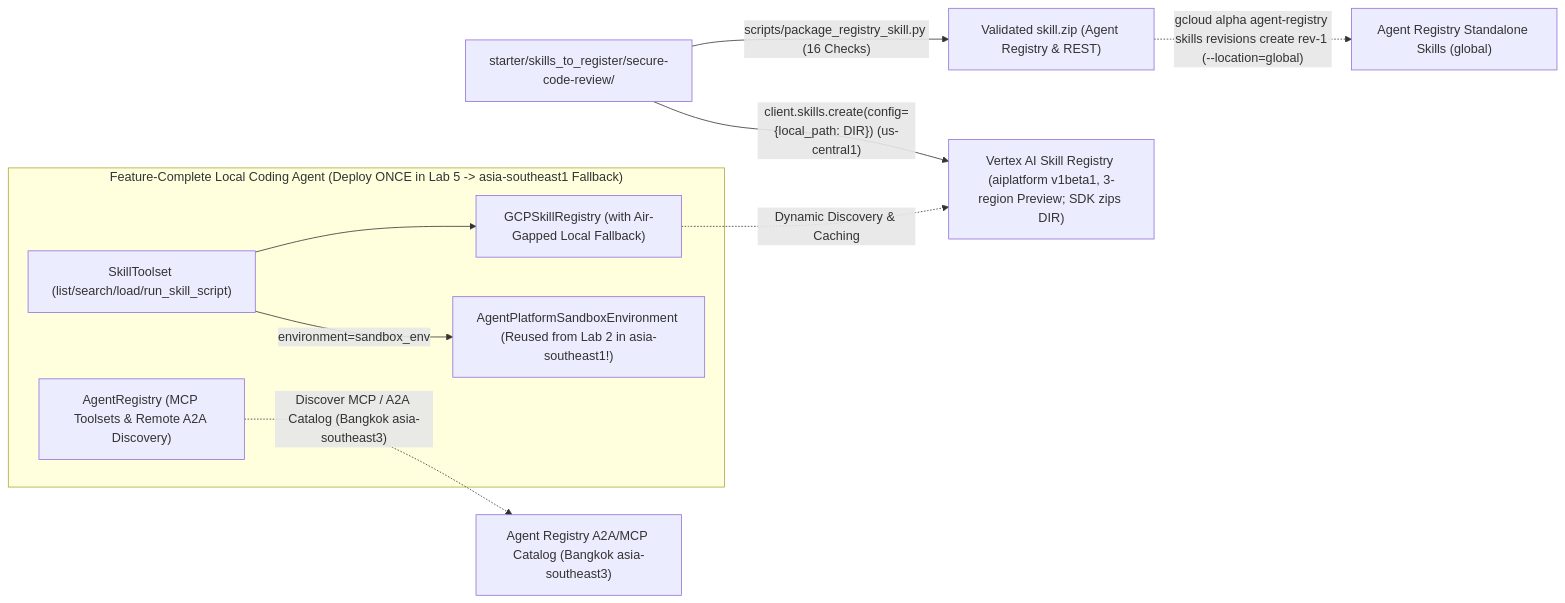
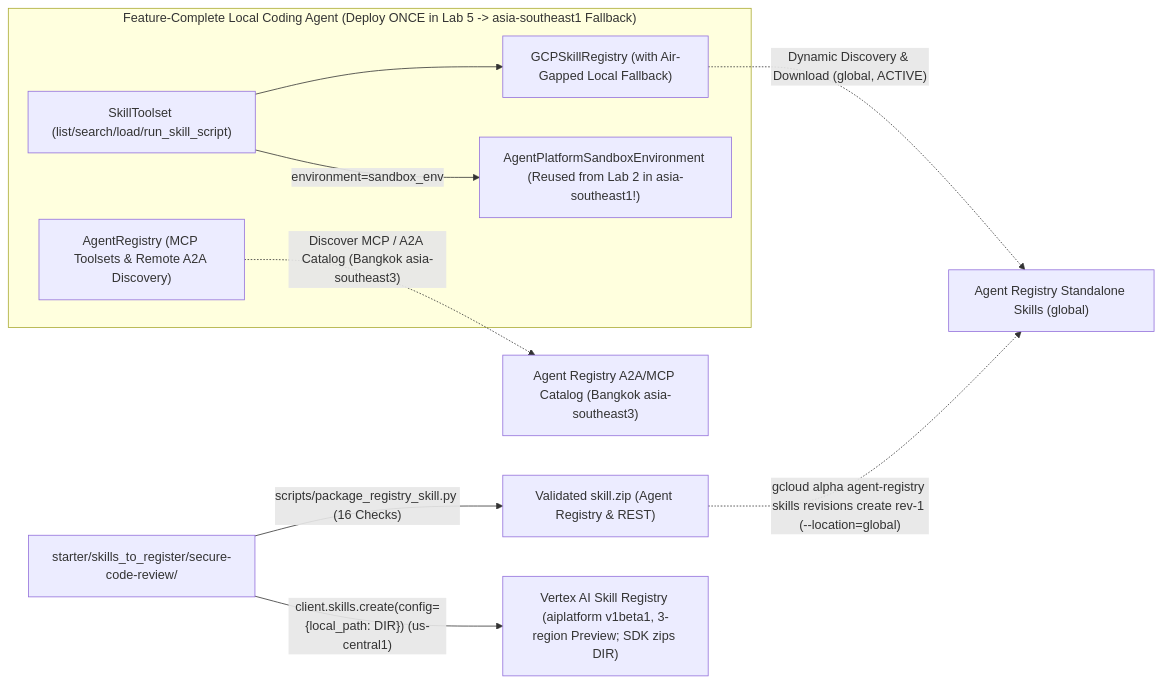
Before and after one commit to jiratouchmhp/coding-agent-workshop: the diagram in workshop/04-LAB-SKILLS-AND-AGENT-REGISTRY.md, drawn with Mermaid. The commit also changed other lines of this file and 94 other files, not shown here.

````diff
--- a/workshop/04-LAB-SKILLS-AND-AGENT-REGISTRY.md
+++ b/workshop/04-LAB-SKILLS-AND-AGENT-REGISTRY.md
@@ -47,18 +47,18 @@
 ```mermaid
 flowchart LR
     SkillDir["starter/skills_to_register/secure-code-review/"] -->|"scripts/package_registry_skill.py (16 Checks)"| Zip["Validated skill.zip (Agent Registry & REST)"]
     SkillDir -->|"client.skills.create(config={local_path: DIR}) (us-central1)"| SkillReg["Vertex AI Skill Registry (aiplatform v1beta1, 3-region Preview; SDK zips DIR)"]
     Zip -.->|"gcloud alpha agent-registry skills revisions create rev-1 (--location=global)"| StandaloneReg["Agent Registry Standalone Skills (global)"]
 
     subgraph Runtime["Feature-Complete Local Coding Agent (Deploy ONCE in Lab 5 -> asia-southeast1 Fallback)"]
         Toolset["SkillToolset (list/search/load/run_skill_script)"]
         ADKSkillReg["GCPSkillRegistry (with Air-Gapped Local Fallback)"]
         SandboxEnv["AgentPlatformSandboxEnvironment (Reused from Lab 2 in asia-southeast1!)"]
         ADKAgentReg["AgentRegistry (MCP Toolsets & Remote A2A Discovery)"]
         Toolset --> ADKSkillReg
         Toolset -->|"environment=sandbox_env"| SandboxEnv
     end
 
-    ADKSkillReg -.->|"Dynamic Discovery & Caching"| SkillReg
+    ADKSkillReg -.->|"Dynamic Discovery & Download (global, ACTIVE)"| StandaloneReg
     ADKAgentReg -.->|"Discover MCP / A2A Catalog (Bangkok asia-southeast3)"| AgentReg["Agent Registry A2A/MCP Catalog (Bangkok asia-southeast3)"]
 ```
````
